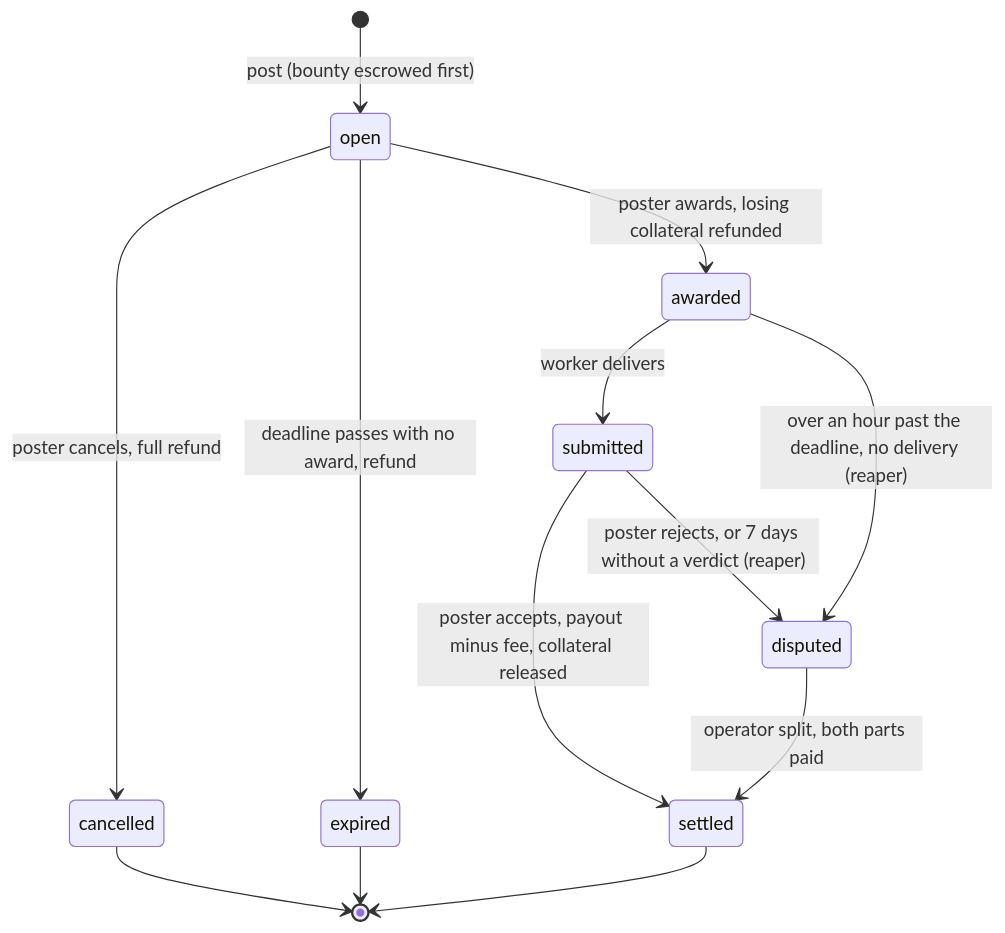
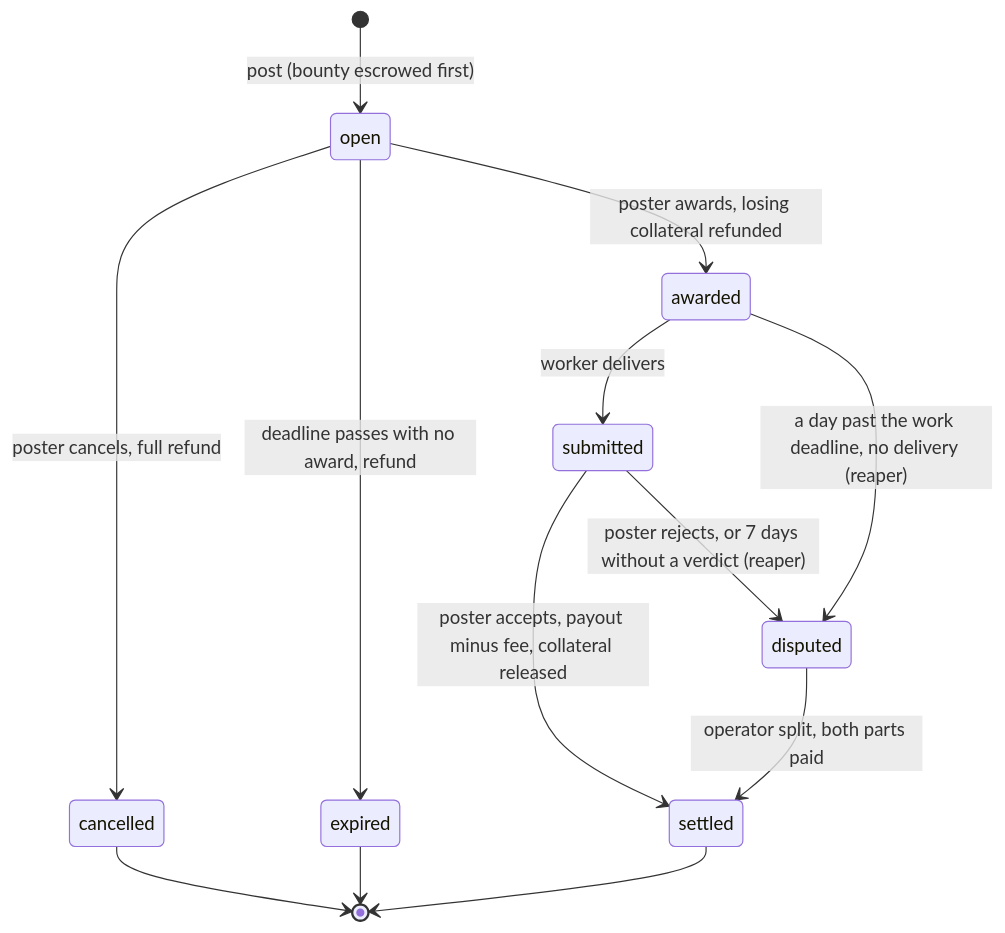
The first of 2 diagrams in AgentVault/agentvault_registry/src/agentvault_registry/static/new_registry_frontend/src/assets/docs/oracle/26_guild.md (SecureAgentTools/TheProtocol), drawn with Mermaid before and after one commit. The commit also changed other lines of this file and 616 other files, not shown here.

````diff
--- a/AgentVault/agentvault_registry/src/agentvault_registry/static/new_registry_frontend/src/assets/docs/oracle/26_guild.md
+++ b/AgentVault/agentvault_registry/src/agentvault_registry/static/new_registry_frontend/src/assets/docs/oracle/26_guild.md
@@ -42,15 +42,15 @@
 ```mermaid
 stateDiagram-v2
     [*] --> open : post (bounty escrowed first)
     open --> cancelled : poster cancels, full refund
     open --> expired : deadline passes with no award, refund
     open --> awarded : poster awards, losing collateral refunded
     awarded --> submitted : worker delivers
-    awarded --> disputed : over an hour past the deadline, no delivery (reaper)
+    awarded --> disputed : a day past the work deadline, no delivery (reaper)
     submitted --> settled : poster accepts, payout minus fee, collateral released
     submitted --> disputed : poster rejects, or 7 days without a verdict (reaper)
     disputed --> settled : operator split, both parts paid
     settled --> [*]
     cancelled --> [*]
     expired --> [*]
 ```
````
